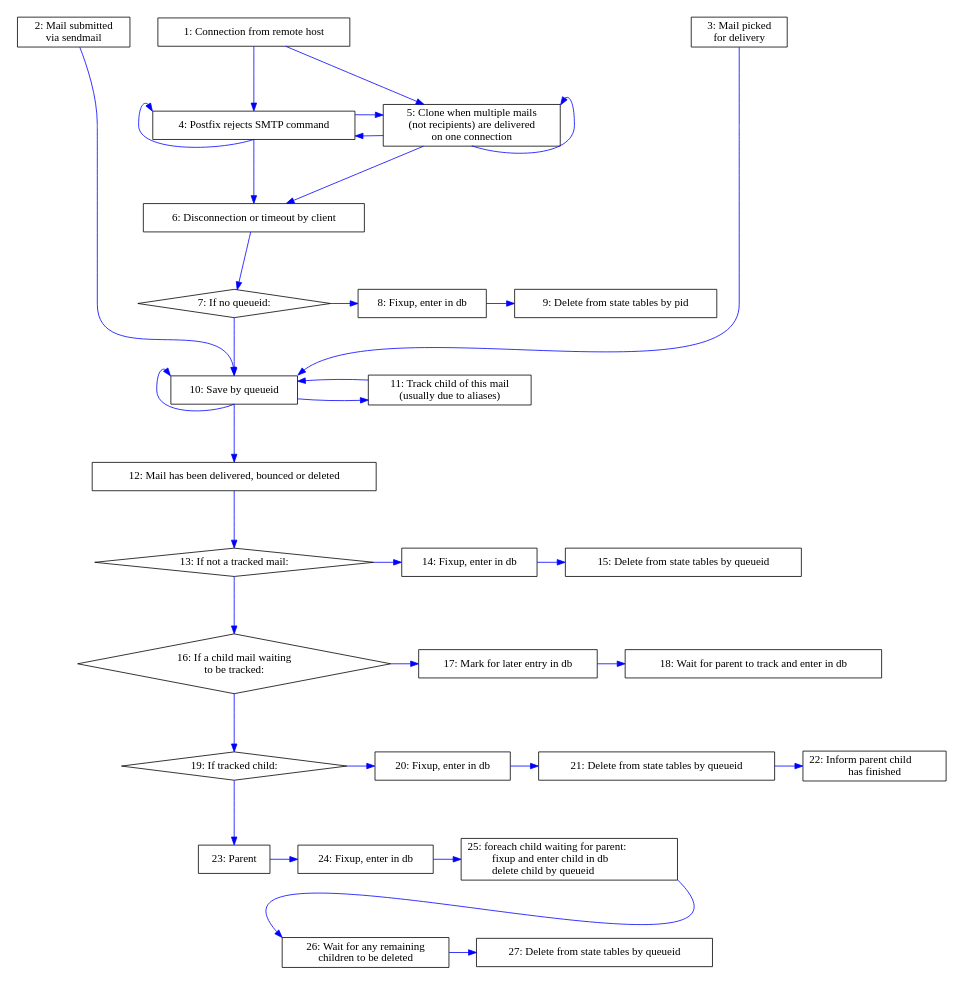
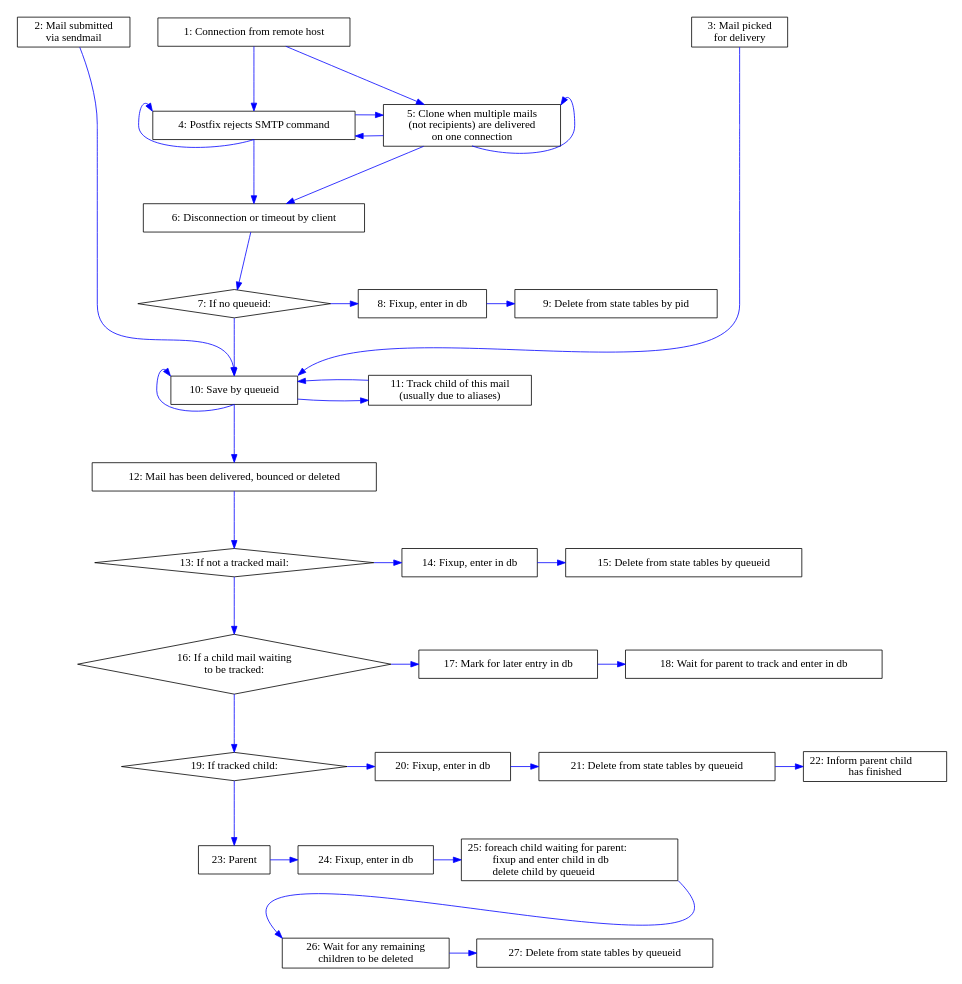
The diagram in doc/logparser-flow-chart.dot (tobinjt/ASO), drawn with Graphviz before and after one commit. The commit also changed 5 other files, not shown here.

```diff
--- a/doc/logparser-flow-chart.dot
+++ b/doc/logparser-flow-chart.dot
@@ -1,173 +1,173 @@
 /* vim: set textwidth=160 : */
 /* $Id$ */
 
 digraph logparser {
     graph [
-        size = "6.8, 7.3"
+        size = "6.8, 6.9"
         margin = "0"
         center = true
     ]
     node [
         shape = box
     ]
     edge [
         color = blue
         fontcolor = red
         minlen = 2
     ]
 
     /* EDGES */
     /* Connect from client */
     connect                         -> { rejection } [weight = 5]
     rejection                       -> { rejection } [dir = back, headport = s, tailport = nw]
     rejection                       -> { disconnect } [weight = 5]
     connect                         -> { clone }
     clone                           -> { clone } [dir = back, headport = s, tailport = ne]
     clone                           -> { disconnect }
     clone                           -> { rejection }
     rejection                       -> { clone }
 
     /* Disconnect without queueid */
     disconnect                      -> { if_no_queueid }
     if_no_queueid                   -> { fixup_enter_in_db_disconnect }
     fixup_enter_in_db_disconnect    -> { delete_by_pid_disconnect }
 
     /* Disconnect with queueid */
     if_no_queueid                   -> { save_by_queueid } [weight = 5]
 
     /* Misc entry */
     pickup                          -> { save_by_queueid } [headport = n]
     qmgr_chooses_mail               -> { save_by_queueid } [headport = ne]
     /* Graph placement */
     connect                         -> { pickup } [style = invis, weight = 0]
     connect                         -> { qmgr_chooses_mail } [style = invis, weight = 0]
 
     /* Save results by queueid */
     save_by_queueid                 -> { track } [minlen = 5]
     track                           -> { save_by_queueid }
     save_by_queueid                 -> { save_by_queueid } [dir = back, headport = s, tailport = nw]
     save_by_queueid                 -> { commit }
 
     /* Commit is complicated */
     /* Neither parent nor child. */
     commit                          -> { if_neither_parent_nor_child }
     if_neither_parent_nor_child     -> { fixup_enter_in_db_npc }
     fixup_enter_in_db_npc           -> { delete_npc }
     /* Untracked child */
     if_neither_parent_nor_child     -> { if_untracked_child }
     if_untracked_child              -> { mark_for_commit }
     mark_for_commit                 -> { wait_for_parent_to_commit_me }
     if_untracked_child              -> { if_tracked_child }
     /* Tracked child */
     if_tracked_child                -> { fixup_enter_in_db_tc }
     fixup_enter_in_db_tc            -> { delete_tc }
     delete_tc                       -> { maybe_delete_parent }
     /* Parent */
     if_tracked_child                -> { parent }
     parent                          -> { fixup_enter_in_db_parent }
     fixup_enter_in_db_parent        -> { commit_children }
     /* This next edge pulls wait_for_children_to_be_deleted leftwards */
     fixup_enter_in_db_parent        -> { wait_for_children_to_be_deleted } [style = invis]
     commit_children                 -> { wait_for_children_to_be_deleted } [headport = nw, tailport = se, weight = 0]
     wait_for_children_to_be_deleted -> { delete_parent }
 
     /* NODE LABELS */
     rejection                       [label = "4: Postfix rejects SMTP command"]
     connect                         [label = "1: Connection from remote host"]
     clone                           [label = "5: Clone when multiple mails\n(not recipients) are delivered\non one connection"]
 
     /* Disconnect without queueid */
     disconnect                      [label = "6: Disconnection or timeout by client"]
     if_no_queueid                   [label = "7: If no queueid:", shape = diamond]
     fixup_enter_in_db_disconnect    [label = "8: Fixup, enter in db"]
     delete_by_pid_disconnect        [label = "9: Delete from state tables by pid"]
 
     /* Disconnect with queueid - already covered */
 
     /* Misc entry */
     pickup                          [label = "2: Mail submitted\nvia sendmail"]
     qmgr_chooses_mail               [label = "3: Mail picked \nfor delivery"]
 
     /* Save results by queueid */
     save_by_queueid                 [label = "10: Save by queueid"]
     track                           [label = "11: Track child of this mail\n(usually due to aliases)"]
 
     /* Commit is complicated */
     /* Neither parent nor child. */
     commit                          [label = "12: Mail has been delivered, bounced or deleted"]
     if_neither_parent_nor_child     [label = "13: If not a tracked mail:", shape = diamond]
     fixup_enter_in_db_npc           [label = "14: Fixup, enter in db"]
     delete_npc                      [label = "15: Delete from state tables by queueid"]
 
     /* Untracked child */
     if_untracked_child              [label = "16: If a child mail waiting\nto be tracked:", shape = diamond]
     mark_for_commit                 [label = "17: Mark for later entry in db"]
     wait_for_parent_to_commit_me    [label = "18: Wait for parent to track and enter in db"]
 
     /* Tracked child */
     if_tracked_child                [label = "19: If tracked child:", shape = diamond]
     fixup_enter_in_db_tc            [label = "20: Fixup, enter in db"]
     delete_tc                       [label = "21: Delete from state tables by queueid"]
     maybe_delete_parent             [label = "22: Inform parent child\lhas finished"]
 
     /* Parent */
     parent                          [label = "23: Parent"]
     fixup_enter_in_db_parent        [label = "24: Fixup, enter in db"]
     commit_children                 [label = "25: foreach child waiting for parent:\l          fixup and enter child in db\l          delete child by queueid\l", labeljust = l]
     wait_for_children_to_be_deleted [label = "26: Wait for any remaining \nchildren to be deleted"]
     delete_parent                   [label = "27: Delete from state tables by queueid"]
 
     /* SUB-GRAPHS */
     subgraph sources {
         rank = source
         pickup
         qmgr_chooses_mail
         connect
     }
     subgraph clone_or_save {
         rank = same
         clone
         rejection
     }
     subgraph disconnect_without_queueid {
         rank = same
         if_no_queueid
         fixup_enter_in_db_disconnect
         delete_by_pid_disconnect
     }
     subgraph save_or_track {
         rank = same
         track
         save_by_queueid
     }
     subgraph not_tracked {
         rank = same
         if_neither_parent_nor_child
         fixup_enter_in_db_npc
         delete_npc
     }
     subgraph untracked_child {
         rank = same
         if_untracked_child
         mark_for_commit
         wait_for_parent_to_commit_me
     }
     subgraph tracked_child {
         rank = same
         if_tracked_child
         fixup_enter_in_db_tc
         delete_tc
         maybe_delete_parent
     }
     subgraph parent {
         rank = same
         parent
         fixup_enter_in_db_parent
         commit_children
     }
     subgraph parent_waiting {
         rank = same
         wait_for_children_to_be_deleted
         delete_parent
     }
 }
```
